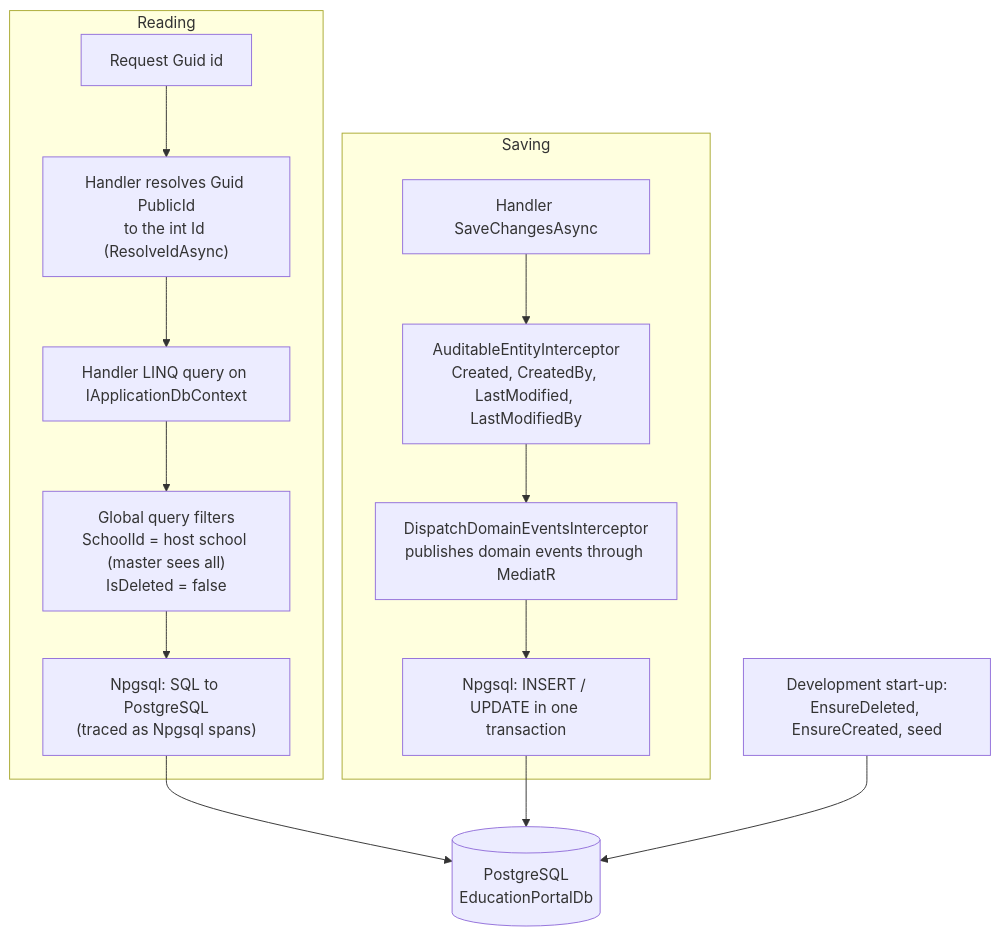
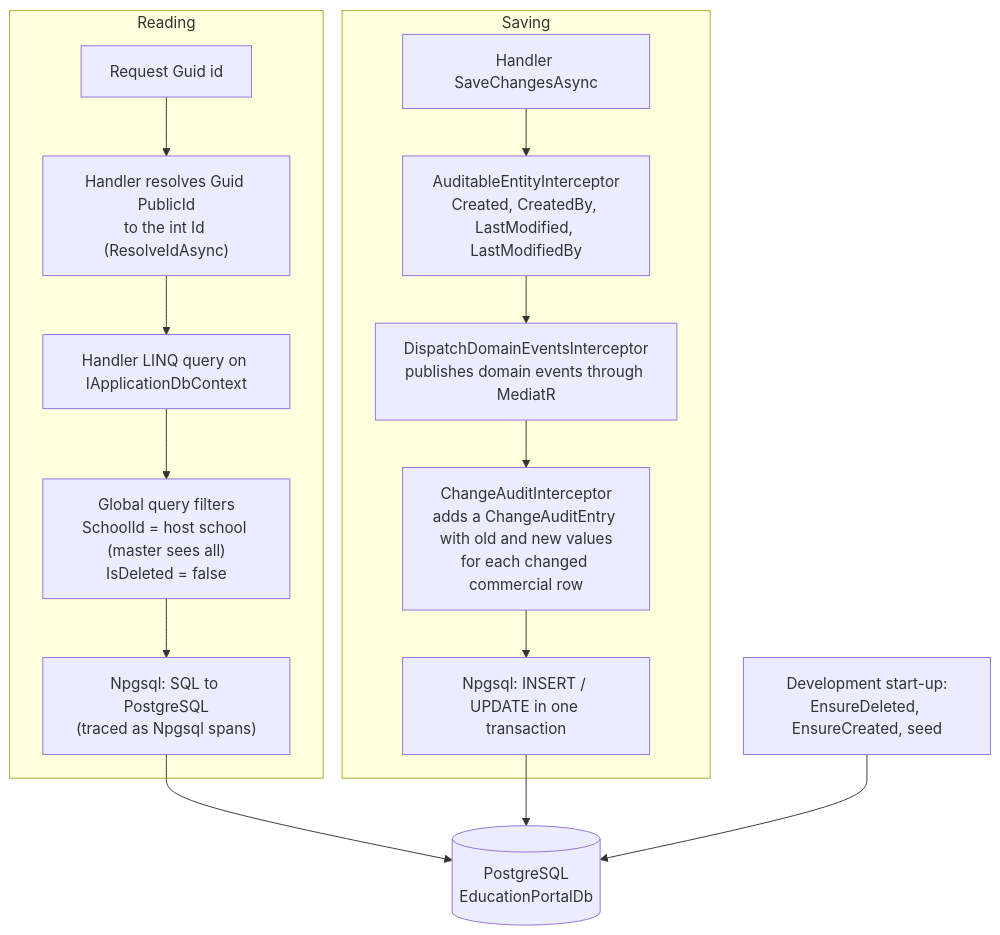
Diagram 12 of 21 in README.md (ahmedshahjr/Education-Portal), drawn with Mermaid before and after one commit. The commit also changed other lines of this file and 21 other files, not shown here.

````diff
--- a/README.md
+++ b/README.md
@@ -660,17 +662,18 @@
 ```mermaid
 flowchart TB
     subgraph read["Reading"]
         guid["Request Guid id"] --> resolve["Handler resolves Guid PublicId<br/>to the int Id (ResolveIdAsync)"]
         resolve --> q
         q["Handler LINQ query on IApplicationDbContext"] --> filters["Global query filters<br/>SchoolId = host school (master sees all)<br/>IsDeleted = false"]
         filters --> npgsqlR["Npgsql: SQL to PostgreSQL<br/>(traced as Npgsql spans)"]
     end
     subgraph write["Saving"]
         s["Handler SaveChangesAsync"] --> audit["AuditableEntityInterceptor<br/>Created, CreatedBy, LastModified, LastModifiedBy"]
         audit --> events["DispatchDomainEventsInterceptor<br/>publishes domain events through MediatR"]
-        events --> npgsqlW["Npgsql: INSERT / UPDATE in one transaction"]
+        events --> changes["ChangeAuditInterceptor<br/>adds a ChangeAuditEntry with old and new values<br/>for each changed commercial row"]
+        changes --> npgsqlW["Npgsql: INSERT / UPDATE in one transaction"]
     end
     npgsqlR --> pg[("PostgreSQL<br/>EducationPortalDb")]
     npgsqlW --> pg
     init["Development start-up:<br/>EnsureDeleted, EnsureCreated, seed"] --> pg
 ```
````
